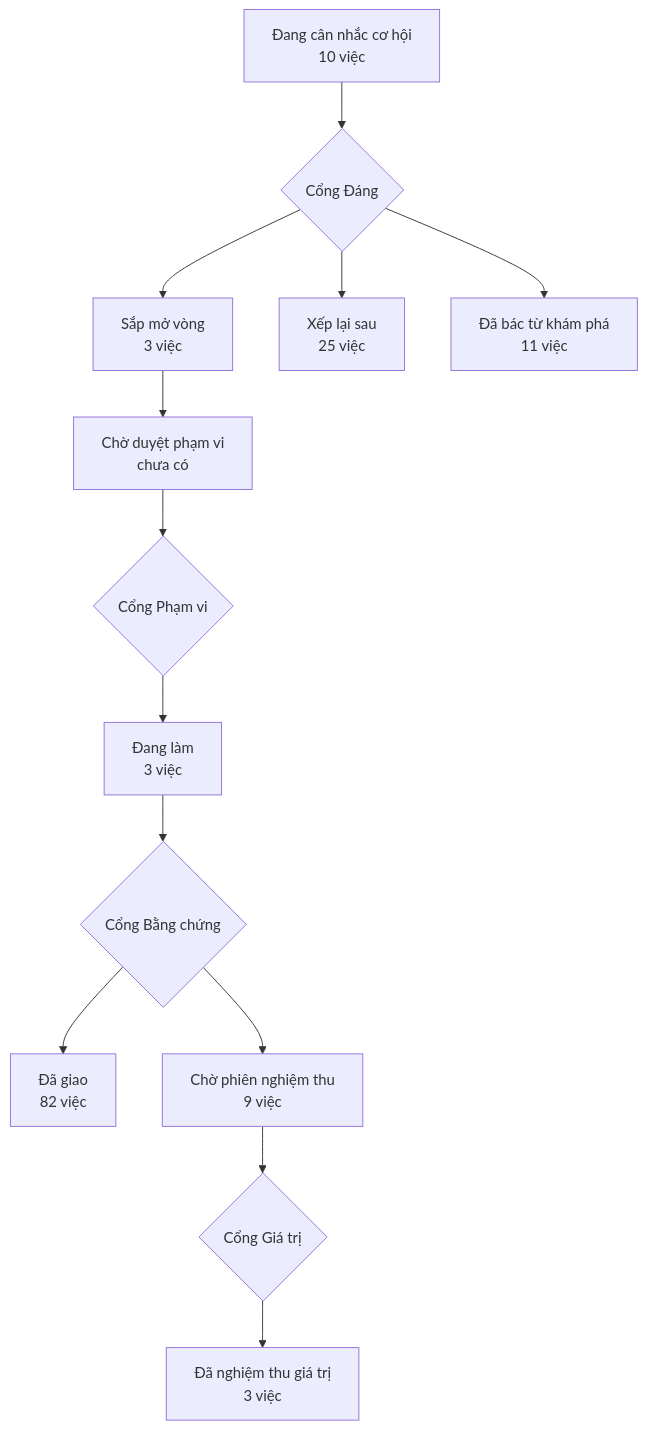
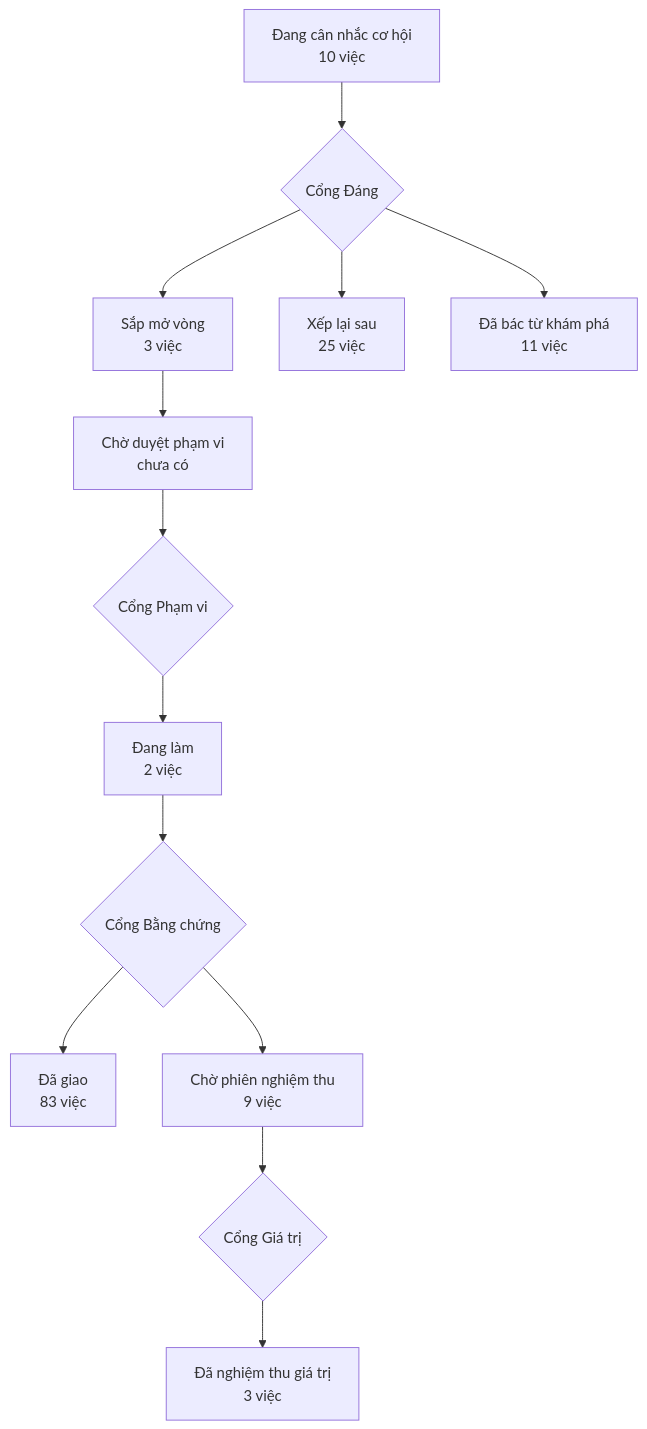
Before and after one commit to phanlemanh/acceptance-gate-kit: the diagram in PRODUCT-MAP.md, drawn with Mermaid. The commit also changed other lines of this file and 1 other file, not shown here.

Commit message:
acceptance(nghi-van-mang-co-qua-han): máy thông — xanh-sạch đủ sáu điều kiện, cửa veto mở

````diff
--- a/PRODUCT-MAP.md
+++ b/PRODUCT-MAP.md
@@ -6,12 +6,12 @@
 ```mermaid
 flowchart TD
   A["Đang cân nhắc cơ hội<br/>10 việc"] --> GD{"Cổng Đáng"}
   GD --> B["Sắp mở vòng<br/>3 việc"]
   GD --> XL["Xếp lại sau<br/>25 việc"]
   GD --> DB["Đã bác từ khám phá<br/>11 việc"]
   B --> CD["Chờ duyệt phạm vi<br/>chưa có"] --> GP{"Cổng Phạm vi"}
-  GP --> DL["Đang làm<br/>3 việc"] --> GB{"Cổng Bằng chứng"}
-  GB --> DG["Đã giao<br/>82 việc"]
+  GP --> DL["Đang làm<br/>2 việc"] --> GB{"Cổng Bằng chứng"}
+  GB --> DG["Đã giao<br/>83 việc"]
   GB --> CN["Chờ phiên nghiệm thu<br/>9 việc"] --> GG{"Cổng Giá trị"}
   GG --> NT["Đã nghiệm thu giá trị<br/>3 việc"]
 ```
````
